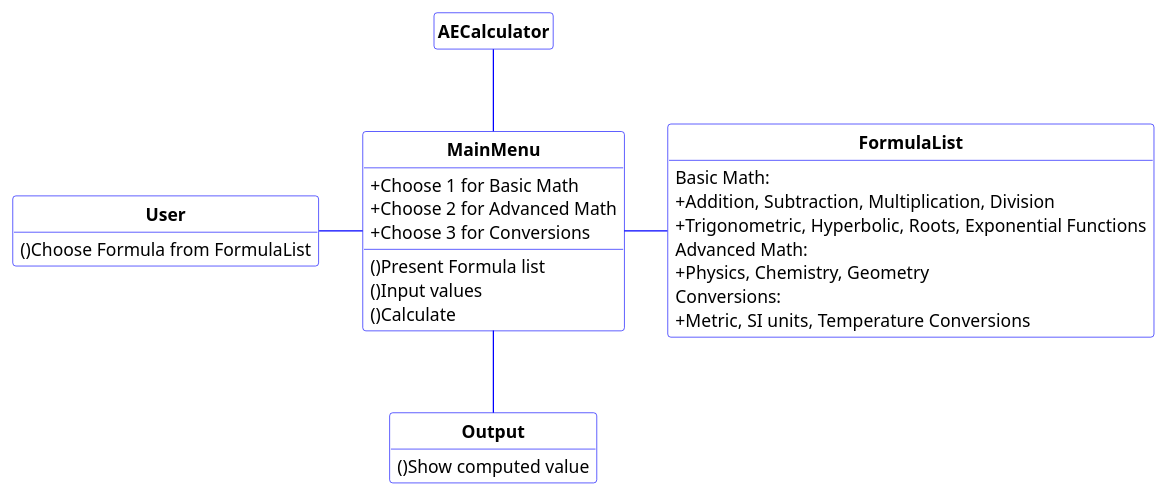
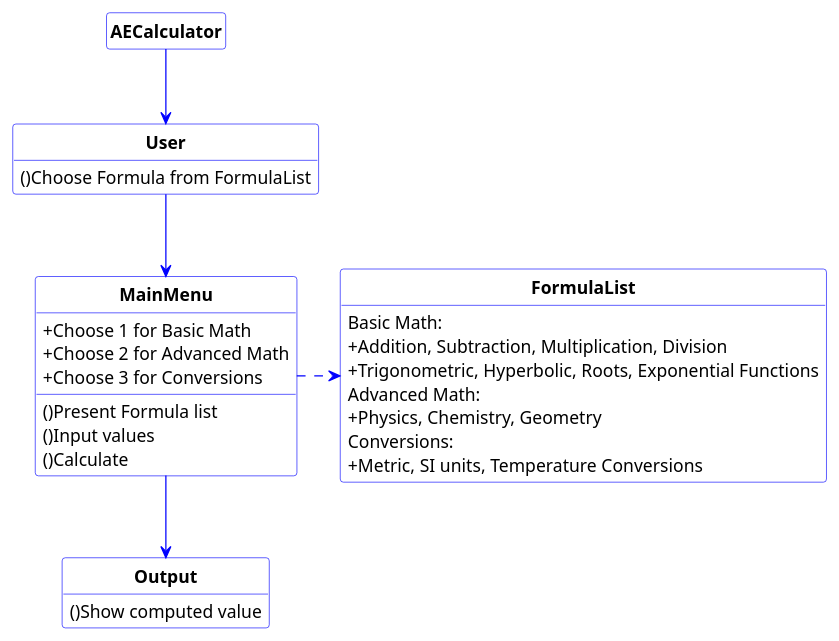
Before and after one commit to Jeydii07/OOGreenProject: the diagram in LXModuleAECalculator.puml, drawn with PlantUML.

```diff
--- a/LXModuleAECalculator.puml
+++ b/LXModuleAECalculator.puml
@@ -1,49 +1,50 @@
 @startuml
 skinparam style strictuml
 skinparam classAttributeIconSize 0
 skinparam classFontColor black
 skinparam classFontStyle bold
 skinparam sequenceMessageAlign Center
 hide empty members
 
 skinparam class {
 BackgroundColor white
 BorderColor blue
 ArrowColor blue
 }
 
 class User{
 ()Choose Formula from FormulaList
 }
 
 class AECalculator {
  }
 
 class FormulaList {
 Basic Math:
 +Addition, Subtraction, Multiplication, Division
 +Trigonometric, Hyperbolic, Roots, Exponential Functions
 Advanced Math:
 +Physics, Chemistry, Geometry
 Conversions:
 +Metric, SI units, Temperature Conversions
 }
 
 class MainMenu {
 +Choose 1 for Basic Math
 +Choose 2 for Advanced Math
 +Choose 3 for Conversions
 ()Present Formula list
 ()Input values
 ()Calculate
 }
 
 class Output{
 ()Show computed value
 }
 
-AECalculator -down- MainMenu
-User -right- MainMenu
-MainMenu -right- FormulaList
-MainMenu -down- Output
+
+AECalculator --> User
+User --> MainMenu
+MainMenu .right.> FormulaList
+MainMenu --> Output
 @enduml
```
